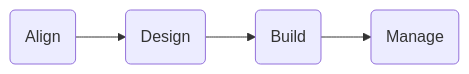
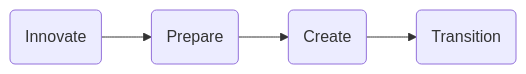
One commit to ibm-client-engineering/solution-filenet-aws changed the diagram in website/docs/README.md. Above: the diagram before and after it, drawn with Mermaid. The commit also changed other lines of this file and 21 other files, not shown here.

````diff
--- a/website/docs/README.md
+++ b/website/docs/README.md
@@ -12,6 +20,6 @@
 ```mermaid
 graph LR;
-    A(Align) --> B(Design);
-    B --> C(Build);
-    C --> D(Manage);
+    A(Innovate) --> B(Prepare);
+    B --> C(Create);
+    C --> D(Transition);
 ```
````
